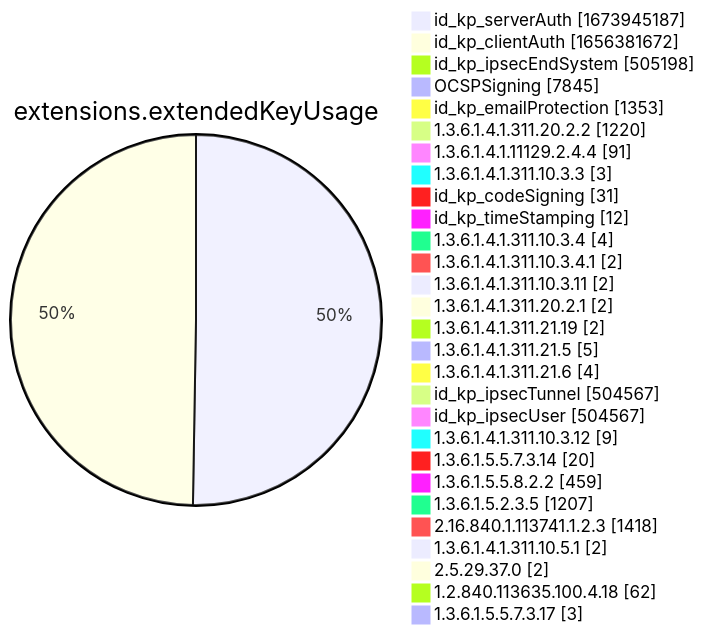
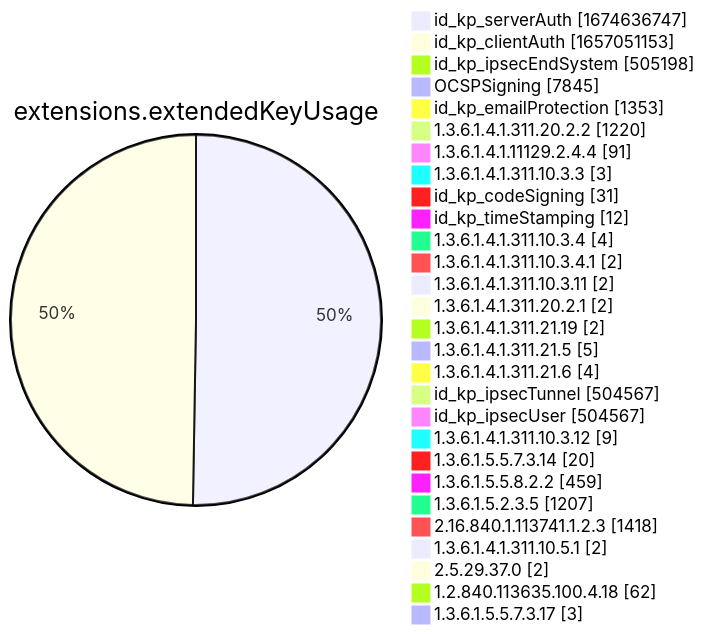
Before and after one commit to christiankrug/ctmonitor_visualization: diagram 12 of 15 in xenon2022/README.md, drawn with Mermaid. The commit also changed other lines of this file, not shown here.

````diff
--- a/xenon2022/README.md
+++ b/xenon2022/README.md
@@ -3888,32 +3888,32 @@
 ```mermaid
 pie showData
 title extensions.extendedKeyUsage
-"id_kp_serverAuth" :1673945187
-"id_kp_clientAuth" :1656381672
+"id_kp_serverAuth" :1674636747
+"id_kp_clientAuth" :1657051153
 "id_kp_ipsecEndSystem" :505198
 "OCSPSigning" :7845
 "id_kp_emailProtection" :1353
 "1.3.6.1.4.1.311.20.2.2" :1220
 "1.3.6.1.4.1.11129.2.4.4" :91
 "1.3.6.1.4.1.311.10.3.3" :3
 "id_kp_codeSigning" :31
 "id_kp_timeStamping" :12
 "1.3.6.1.4.1.311.10.3.4" :4
 "1.3.6.1.4.1.311.10.3.4.1" :2
 "1.3.6.1.4.1.311.10.3.11" :2
 "1.3.6.1.4.1.311.20.2.1" :2
 "1.3.6.1.4.1.311.21.19" :2
 "1.3.6.1.4.1.311.21.5" :5
 "1.3.6.1.4.1.311.21.6" :4
 "id_kp_ipsecTunnel" :504567
 "id_kp_ipsecUser" :504567
 "1.3.6.1.4.1.311.10.3.12" :9
 "1.3.6.1.5.5.7.3.14" :20
 "1.3.6.1.5.5.8.2.2" :459
 "1.3.6.1.5.2.3.5" :1207
 "2.16.840.1.113741.1.2.3" :1418
 "1.3.6.1.4.1.311.10.5.1" :2
 "2.5.29.37.0" :2
 "1.2.840.113635.100.4.18" :62
 "1.3.6.1.5.5.7.3.17" :3
 ```
````
